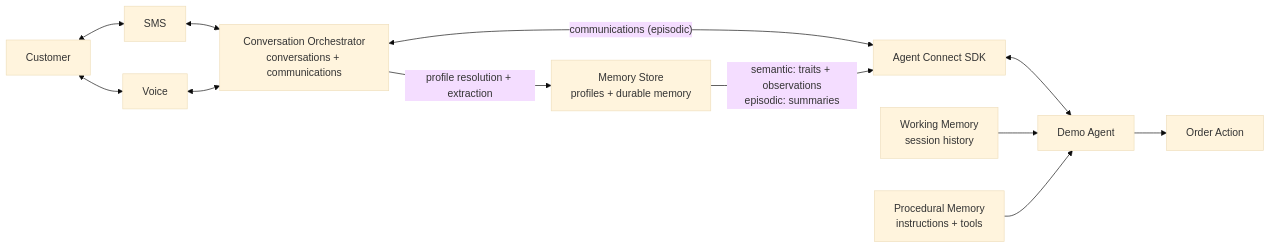
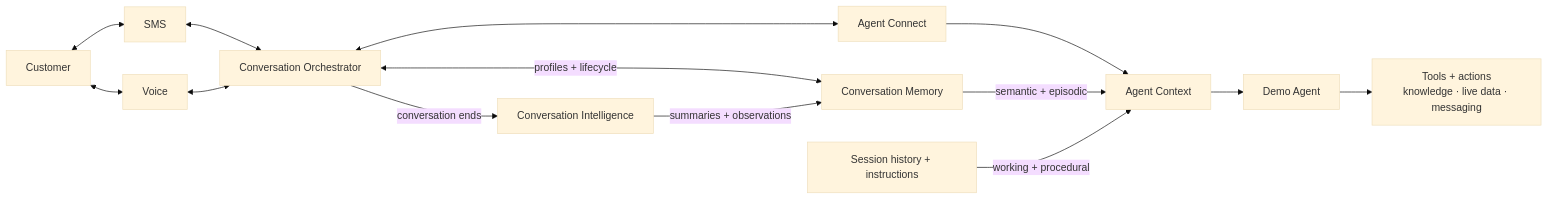
The diagram in README.md (kuroxx/conversational-agent-memory), drawn with Mermaid (base theme) before and after one commit. The commit also changed other lines of this file and 8 other files, not shown here.

First line of the commit message:
Add memory context and customer-scoped order tools

````diff
--- a/README.md
+++ b/README.md
@@ -23,25 +23,29 @@
 ```mermaid
 flowchart LR
     Customer["Customer"]
     SMS["SMS"]
     Voice["Voice"]
-    CO["Conversation Orchestrator<br/>conversations + communications"]
-    Memory["Memory Store<br/>profiles + durable memory"]
-    TAC["Agent Connect SDK"]
+    CO["Conversation Orchestrator"]
+    Memory["Conversation Memory"]
+    TAC["Agent Connect"]
+    Context["Agent Context"]
+    Runtime["Session history + instructions"]
     Agent["Demo Agent"]
-    Working["Working Memory<br/>session history"]
-    Procedural["Procedural Memory<br/>instructions + tools"]
-    Action["Order Action"]
+    Tools["Tools + actions<br/>knowledge · live data · messaging"]
+    Extract["Conversation Intelligence"]
 
     Customer <--> SMS
     Customer <--> Voice
     SMS <--> CO
     Voice <--> CO
-    CO -->|"profile resolution + extraction"| Memory
-    CO <-->|"communications (episodic)"| TAC
-    Memory -->|"semantic: traits + observations<br/>episodic: summaries"| TAC
-    TAC <--> Agent
-    Working --> Agent
-    Procedural --> Agent
-    Agent --> Action
+    CO <--> TAC
+    TAC --> Context
+    Context --> Agent
+    Agent --> Tools
+
+    CO <-->|"profiles + lifecycle"| Memory
+    Memory -->|"semantic + episodic"| Context
+    Runtime -->|"working + procedural"| Context
+    CO -->|"conversation ends"| Extract
+    Extract -->|"summaries + observations"| Memory
 ```
````
